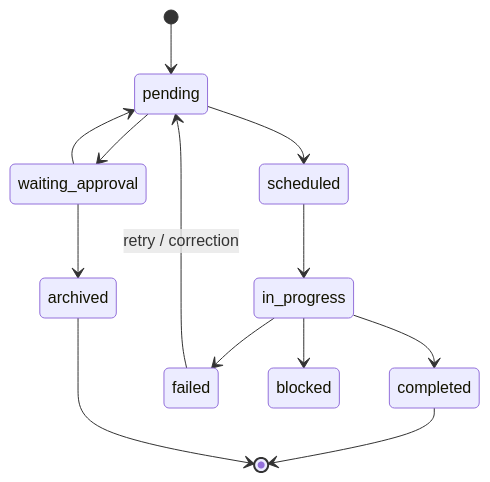
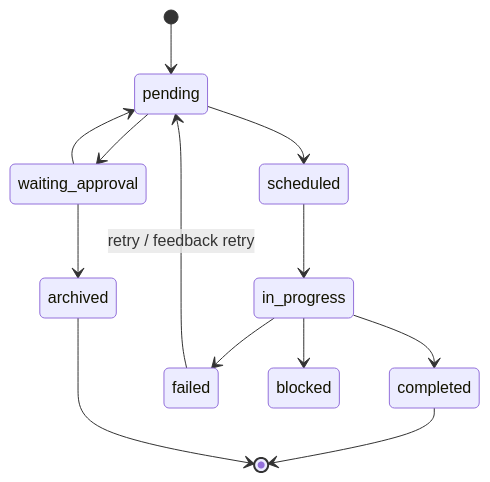
Before and after one commit to changw98ic/codepatchbay: the sixth of 17 diagrams in docs/architecture/system-dimensional-flows.md, drawn with Mermaid. The commit also changed other lines of this file and 15 other files, not shown here.

````diff
--- a/docs/architecture/system-dimensional-flows.md
+++ b/docs/architecture/system-dimensional-flows.md
@@ -176,15 +176,15 @@
 ```mermaid
 stateDiagram-v2
   [*] --> pending
   pending --> scheduled
   scheduled --> in_progress
   in_progress --> completed
   in_progress --> failed
   in_progress --> blocked
   pending --> waiting_approval
   waiting_approval --> pending
   waiting_approval --> archived
-  failed --> pending: retry / correction
+  failed --> pending: retry / feedback retry
   completed --> [*]
   archived --> [*]
 ```
````
